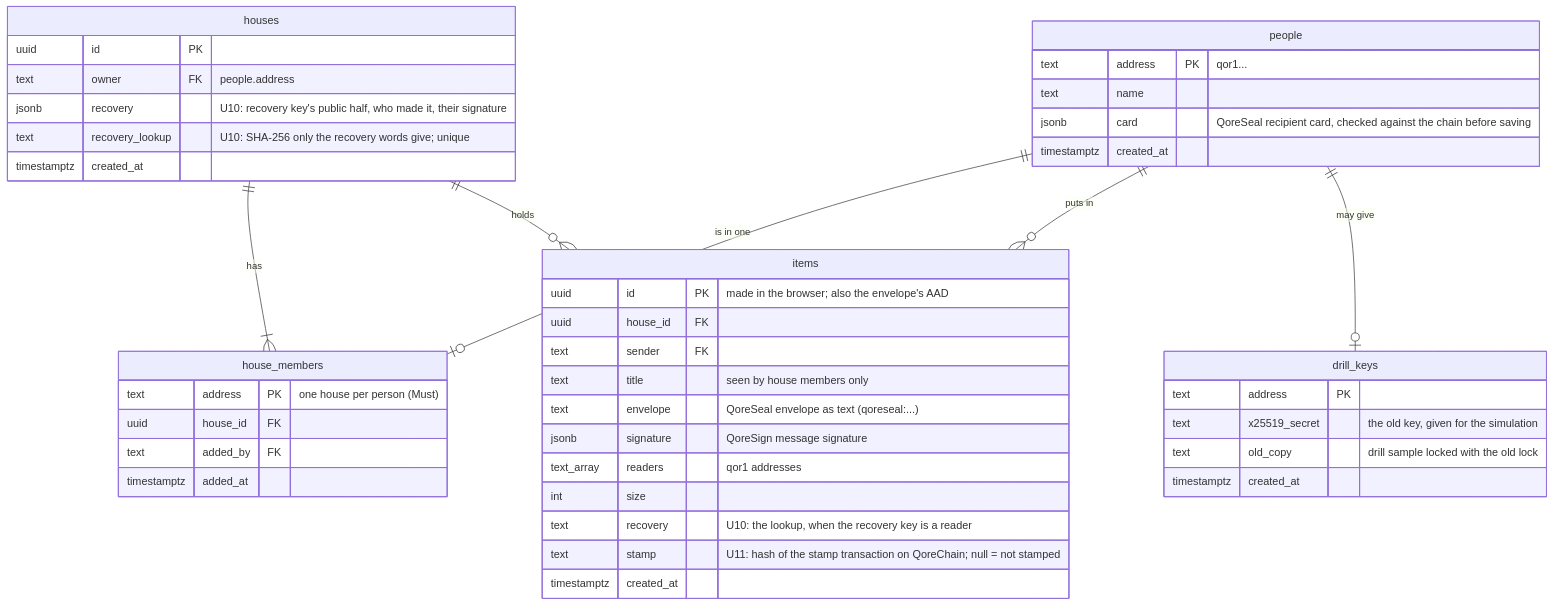
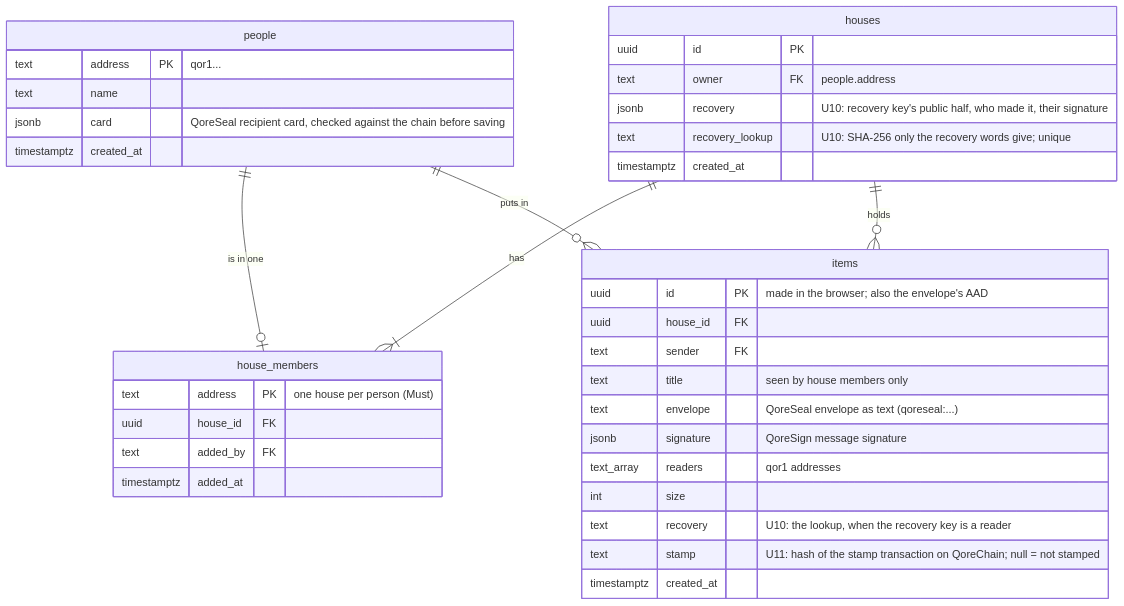
Before and after one commit to ervhint/lockhouse: the diagram in docs/PLAN.md, drawn with Mermaid. The commit also changed other lines of this file and 11 other files, not shown here.

````diff
--- a/docs/PLAN.md
+++ b/docs/PLAN.md
@@ -96,46 +96,39 @@
 ```mermaid
 erDiagram
   people ||--o| house_members : "is in one"
   houses ||--|{ house_members : has
   houses ||--o{ items : holds
   people ||--o{ items : "puts in"
-  people ||--o| drill_keys : "may give"
   people {
     text address PK "qor1..."
     text name
     jsonb card "QoreSeal recipient card, checked against the chain before saving"
     timestamptz created_at
   }
   houses {
     uuid id PK
     text owner FK "people.address"
     jsonb recovery "U10: recovery key's public half, who made it, their signature"
     text recovery_lookup "U10: SHA-256 only the recovery words give; unique"
     timestamptz created_at
   }
   house_members {
     text address PK "one house per person (Must)"
     uuid house_id FK
     text added_by FK
     timestamptz added_at
   }
   items {
     uuid id PK "made in the browser; also the envelope's AAD"
     uuid house_id FK
     text sender FK
     text title "seen by house members only"
     text envelope "QoreSeal envelope as text (qoreseal:...)"
     jsonb signature "QoreSign message signature"
     text_array readers "qor1 addresses"
     int size
     text recovery "U10: the lookup, when the recovery key is a reader"
     text stamp "U11: hash of the stamp transaction on QoreChain; null = not stamped"
     timestamptz created_at
   }
-  drill_keys {
-    text address PK
-    text x25519_secret "the old key, given for the simulation"
-    text old_copy "drill sample locked with the old lock"
-    timestamptz created_at
-  }
 ```
````
